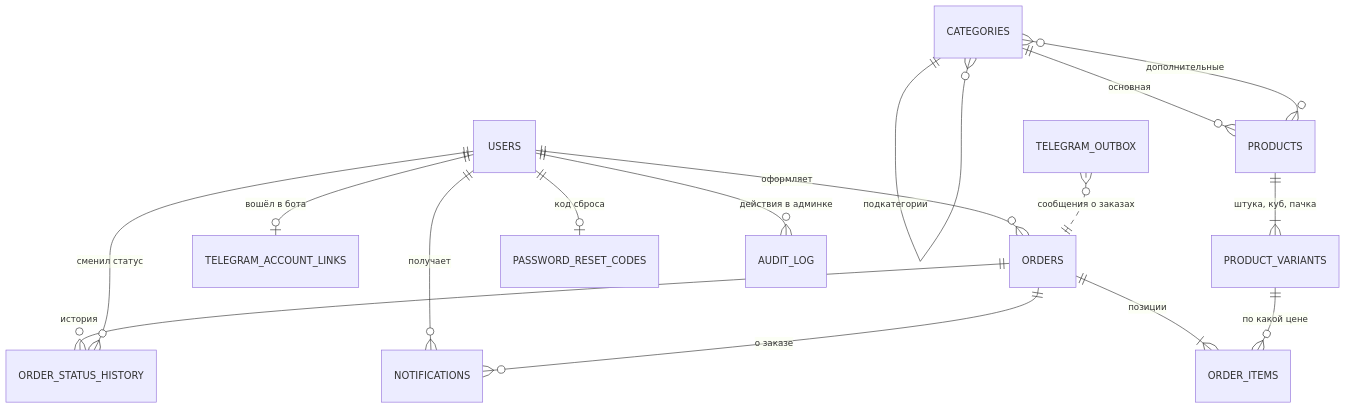
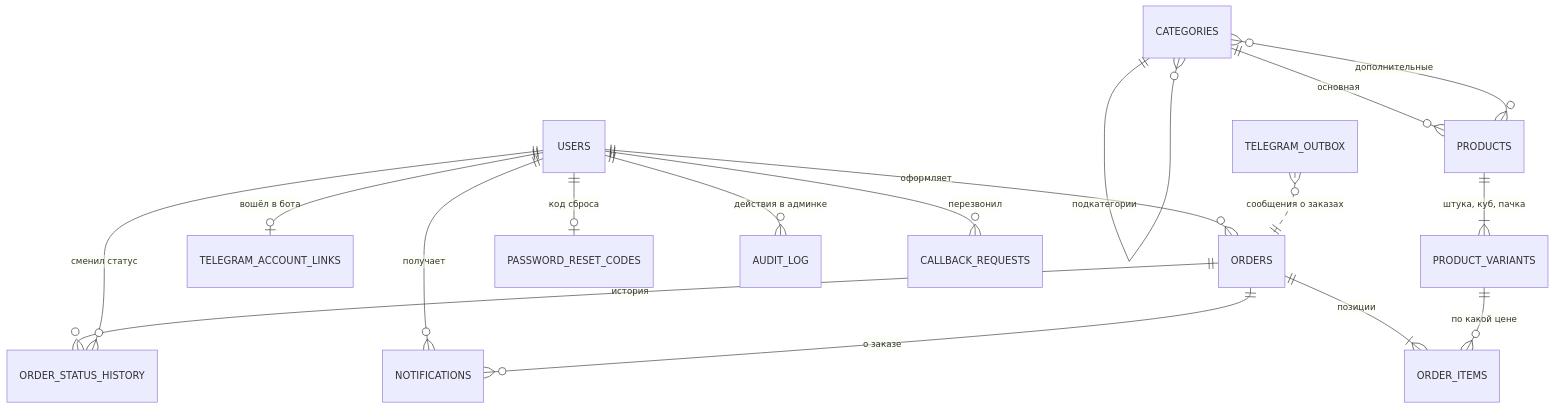
One commit to haz2007/-Builder-s-Friend- changed the second of 2 diagrams in README.md. Above: the diagram before and after it, drawn with Mermaid. The commit also changed other lines of this file and 11 other files, not shown here.

First line of the commit message:
Refresh docs: seven new diagrams, up-to-date README and screenshots

````diff
--- a/README.md
+++ b/README.md
@@ -127,18 +127,19 @@
 ```mermaid
 erDiagram
     USERS ||--o{ ORDERS : "оформляет"
     USERS ||--o| TELEGRAM_ACCOUNT_LINKS : "вошёл в бота"
     USERS ||--o{ NOTIFICATIONS : "получает"
     CATEGORIES ||--o{ CATEGORIES : "подкатегории"
     CATEGORIES ||--o{ PRODUCTS : "основная"
     PRODUCTS }o--o{ CATEGORIES : "дополнительные"
     PRODUCTS ||--|{ PRODUCT_VARIANTS : "штука, куб, пачка"
     ORDERS ||--|{ ORDER_ITEMS : "позиции"
     PRODUCT_VARIANTS ||--o{ ORDER_ITEMS : "по какой цене"
     ORDERS ||--o{ ORDER_STATUS_HISTORY : "история"
     ORDERS ||--o{ NOTIFICATIONS : "о заказе"
     USERS ||--o{ ORDER_STATUS_HISTORY : "сменил статус"
     USERS ||--o| PASSWORD_RESET_CODES : "код сброса"
     USERS ||--o{ AUDIT_LOG : "действия в админке"
+    USERS ||--o{ CALLBACK_REQUESTS : "перезвонил"
     TELEGRAM_OUTBOX }o..|| ORDERS : "сообщения о заказах"
 ```
````
